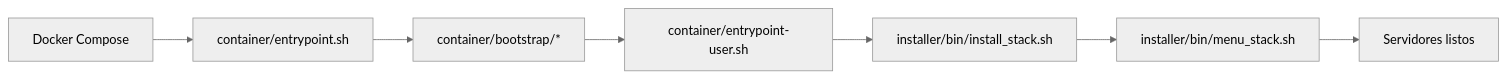
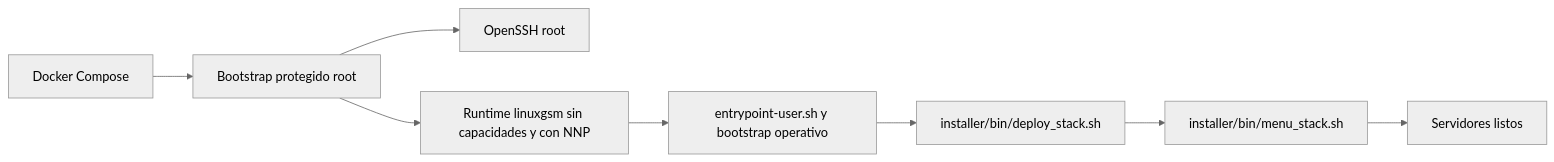
One commit to AoC-Gamers/Docker-L4D2-Competitive changed the diagram in README.md. Above: the diagram before and after it, drawn with Mermaid (neutral theme). The commit also changed other lines of this file and 6 other files, not shown here.

````diff
--- a/README.md
+++ b/README.md
@@ -51,9 +53,10 @@
 ```mermaid
 graph LR
-    A[Docker Compose] --> B[container/entrypoint.sh]
-    B --> C[container/bootstrap/*]
-    C --> D[container/entrypoint-user.sh]
-    D --> E[installer/bin/install_stack.sh]
+    A[Docker Compose] --> B[Bootstrap protegido root]
+    B --> SSH[OpenSSH root]
+    B --> C[Runtime linuxgsm sin capacidades y con NNP]
+    C --> D[entrypoint-user.sh y bootstrap operativo]
+    D --> E[installer/bin/deploy_stack.sh]
     E --> F[installer/bin/menu_stack.sh]
     F --> G[Servidores listos]
 ```
````
